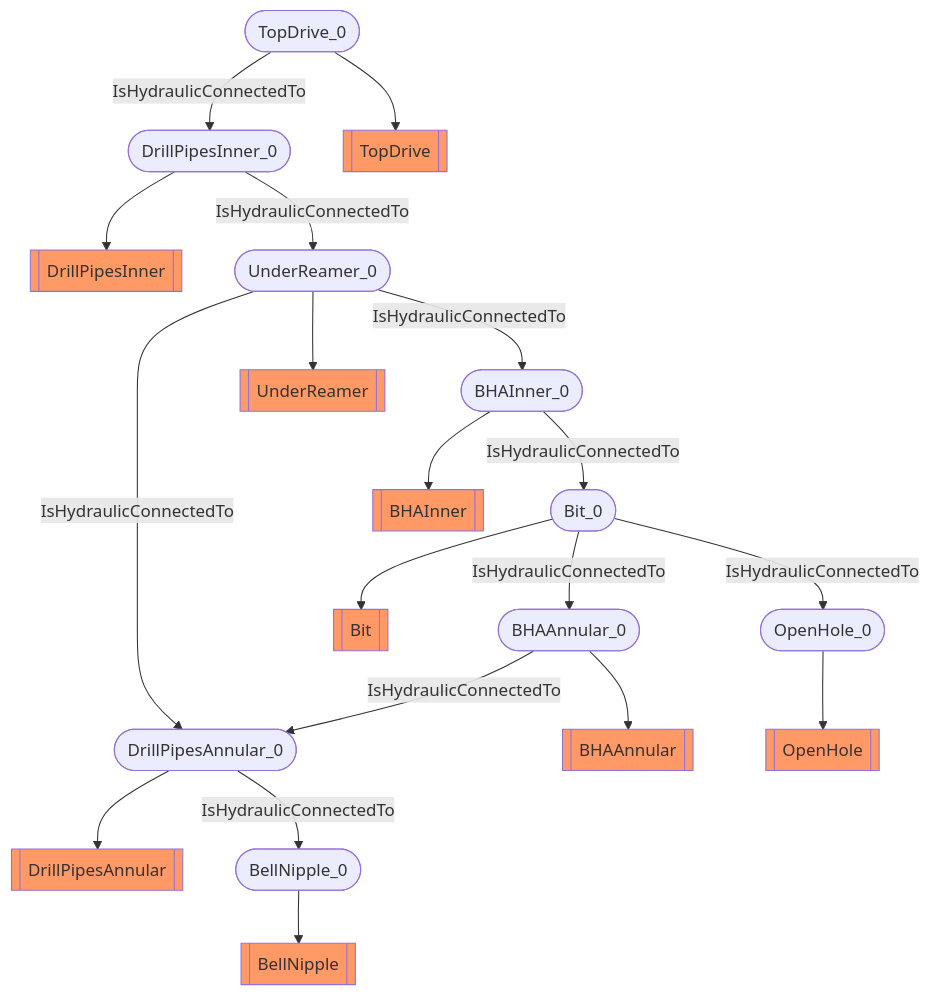
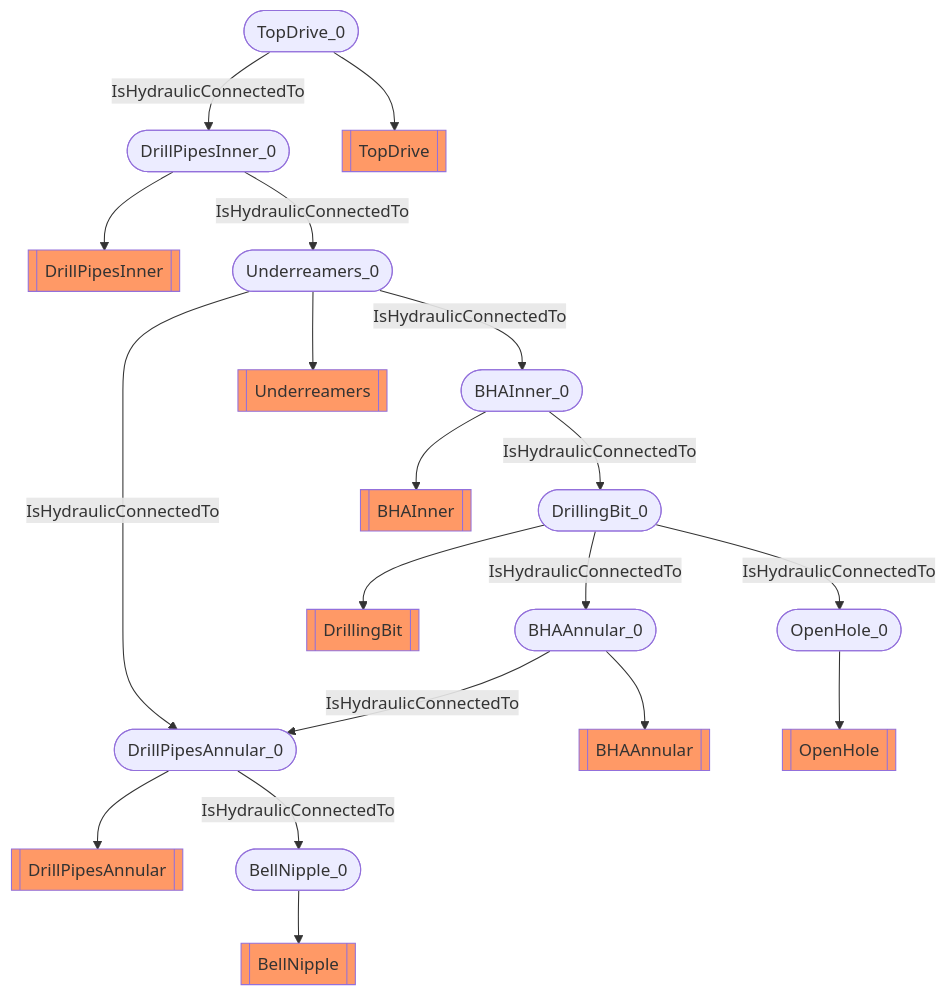
Before and after one commit to D-WIS/DDHub-Semantic-Interoperability: the diagram in docs/vocabulary_development/auto-generated/md/examples/Sub surface hydraulic.md, drawn with Mermaid. The commit also changed other lines of this file and 27 other files, not shown here.

````diff
--- a/docs/vocabulary_development/auto-generated/md/examples/Sub surface hydraulic.md
+++ b/docs/vocabulary_development/auto-generated/md/examples/Sub surface hydraulic.md
@@ -20,23 +20,23 @@
 ```mermaid
 flowchart TD
 	 classDef typeClass fill:#f96;
 	 classDef classClass fill:#9dd0ff;
 	DrillPipesAnnular_0([DrillPipesAnnular_0]) --> DrillPipesAnnular[[DrillPipesAnnular]]:::typeClass
 	BellNipple_0([BellNipple_0]) --> BellNipple[[BellNipple]]:::typeClass
 	BHAAnnular_0([BHAAnnular_0]) --> BHAAnnular[[BHAAnnular]]:::typeClass
-	Bit_0([Bit_0]) --> Bit[[Bit]]:::typeClass
+	DrillingBit_0([DrillingBit_0]) --> DrillingBit[[DrillingBit]]:::typeClass
 	OpenHole_0([OpenHole_0]) --> OpenHole[[OpenHole]]:::typeClass
 	BHAInner_0([BHAInner_0]) --> BHAInner[[BHAInner]]:::typeClass
 	DrillPipesInner_0([DrillPipesInner_0]) --> DrillPipesInner[[DrillPipesInner]]:::typeClass
-	UnderReamer_0([UnderReamer_0]) --> UnderReamer[[UnderReamer]]:::typeClass
+	Underreamers_0([Underreamers_0]) --> Underreamers[[Underreamers]]:::typeClass
 	TopDrive_0([TopDrive_0]) --> TopDrive[[TopDrive]]:::typeClass
 	 DrillPipesAnnular_0 -- IsHydraulicConnectedTo --> BellNipple_0 
 	 BHAAnnular_0 -- IsHydraulicConnectedTo --> DrillPipesAnnular_0 
-	 Bit_0 -- IsHydraulicConnectedTo --> BHAAnnular_0 
-	 Bit_0 -- IsHydraulicConnectedTo --> OpenHole_0 
-	 BHAInner_0 -- IsHydraulicConnectedTo --> Bit_0 
-	 DrillPipesInner_0 -- IsHydraulicConnectedTo --> UnderReamer_0 
+	 DrillingBit_0 -- IsHydraulicConnectedTo --> BHAAnnular_0 
+	 DrillingBit_0 -- IsHydraulicConnectedTo --> OpenHole_0 
+	 BHAInner_0 -- IsHydraulicConnectedTo --> DrillingBit_0 
+	 DrillPipesInner_0 -- IsHydraulicConnectedTo --> Underreamers_0 
 	 TopDrive_0 -- IsHydraulicConnectedTo --> DrillPipesInner_0 
-	 UnderReamer_0 -- IsHydraulicConnectedTo --> DrillPipesAnnular_0 
-	 UnderReamer_0 -- IsHydraulicConnectedTo --> BHAInner_0 
+	 Underreamers_0 -- IsHydraulicConnectedTo --> DrillPipesAnnular_0 
+	 Underreamers_0 -- IsHydraulicConnectedTo --> BHAInner_0 
 ```
````
